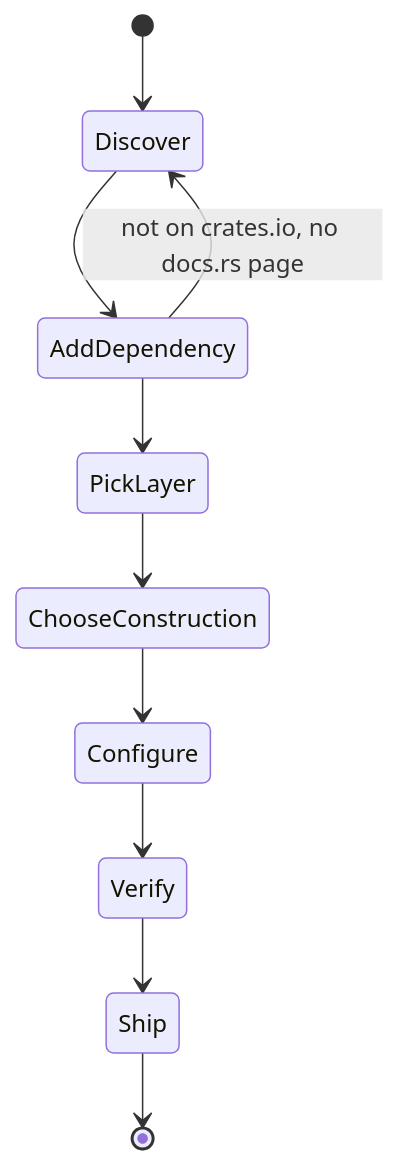
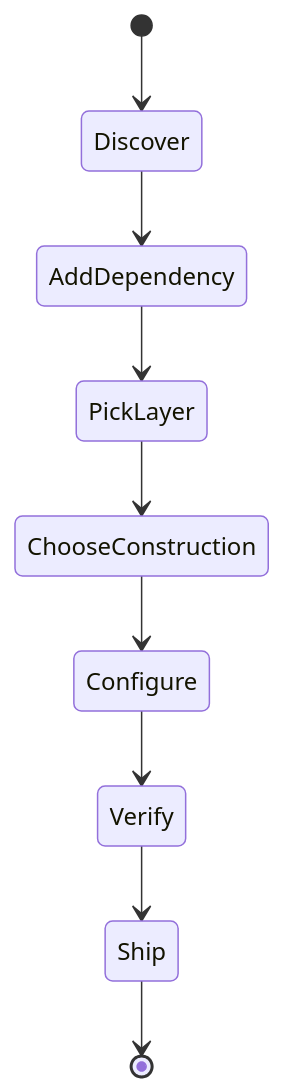
The second of 5 diagrams in docs/user-journey-gaps.md (user137/uacrypt), drawn with Mermaid before and after one commit. The commit also changed other lines of this file and 3 other files, not shown here.

````diff
--- a/docs/user-journey-gaps.md
+++ b/docs/user-journey-gaps.md
@@ -59,13 +59,11 @@
 ```mermaid
 stateDiagram-v2
     [*] --> Discover
     Discover --> AddDependency
     AddDependency --> PickLayer
     PickLayer --> ChooseConstruction
     ChooseConstruction --> Configure
     Configure --> Verify
     Verify --> Ship
     Ship --> [*]
-
-    AddDependency --> Discover: not on crates.io, no docs.rs page
 ```
````
